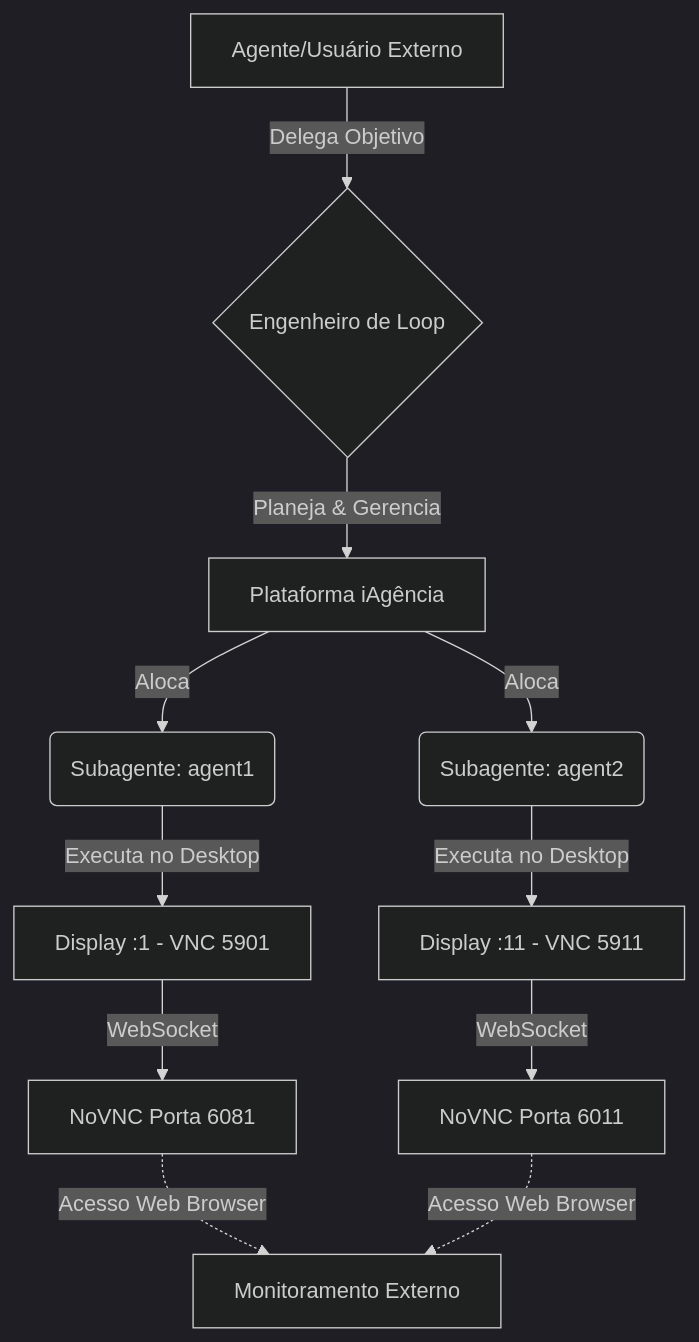
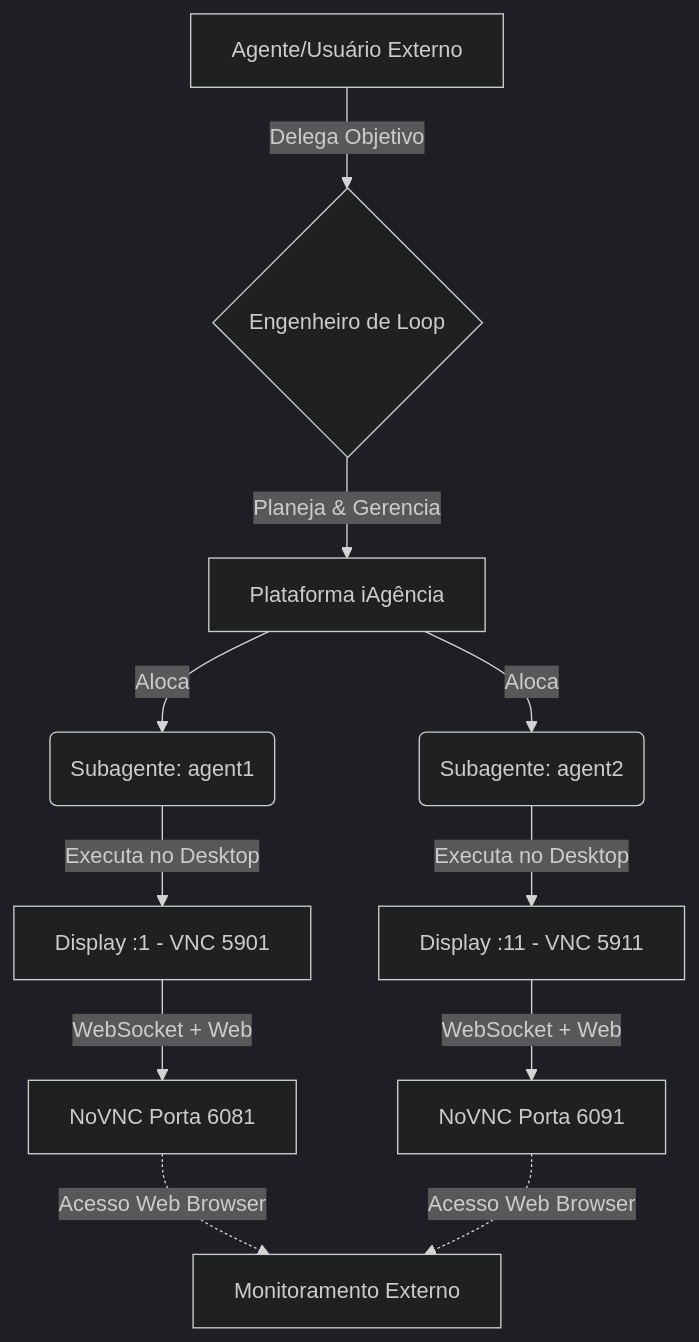
One commit to dotojr123/open-infra-agent-v2 changed the first of 2 diagrams in DOCUMENTACAO_PLATAFORMA.md. Above: the diagram before and after it, drawn with Mermaid (dark theme). The commit also changed other lines of this file and 153 other files, not shown here.

First line of the commit message:
feat(infra): ativa web root no websockify para conexao noVNC direta e integra catalogo de agentes

````diff
--- a/DOCUMENTACAO_PLATAFORMA.md
+++ b/DOCUMENTACAO_PLATAFORMA.md
@@ -57,17 +57,17 @@
 ```mermaid
 graph TD
     A[Agente/Usuário Externo] -->|Delega Objetivo| B{Engenheiro de Loop}
     B -->|Planeja & Gerencia| C[Plataforma iAgência]
     
     C -->|Aloca| D(Subagente: agent1)
     C -->|Aloca| E(Subagente: agent2)
     
     D -->|Executa no Desktop| F[Display :1 - VNC 5901]
     E -->|Executa no Desktop| G[Display :11 - VNC 5911]
     
-    F -->|WebSocket| H[NoVNC Porta 6081]
-    G -->|WebSocket| I[NoVNC Porta 6011]
+    F -->|WebSocket + Web| H[NoVNC Porta 6081]
+    G -->|WebSocket + Web| I[NoVNC Porta 6091]
     
     H -.->|Acesso Web Browser| J[Monitoramento Externo]
     I -.->|Acesso Web Browser| J
 ```
````
